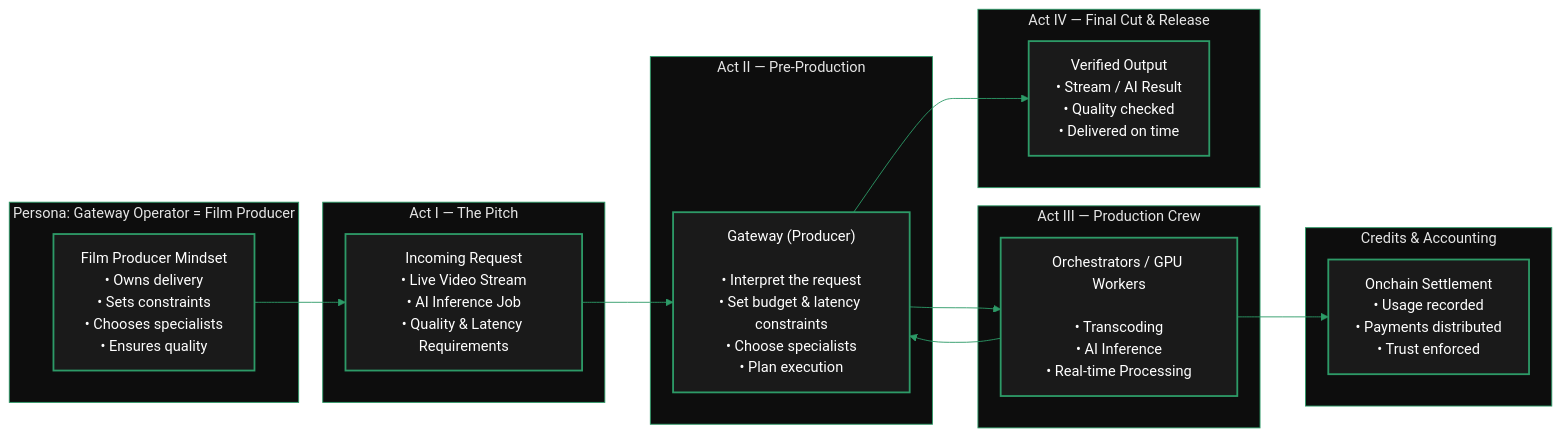
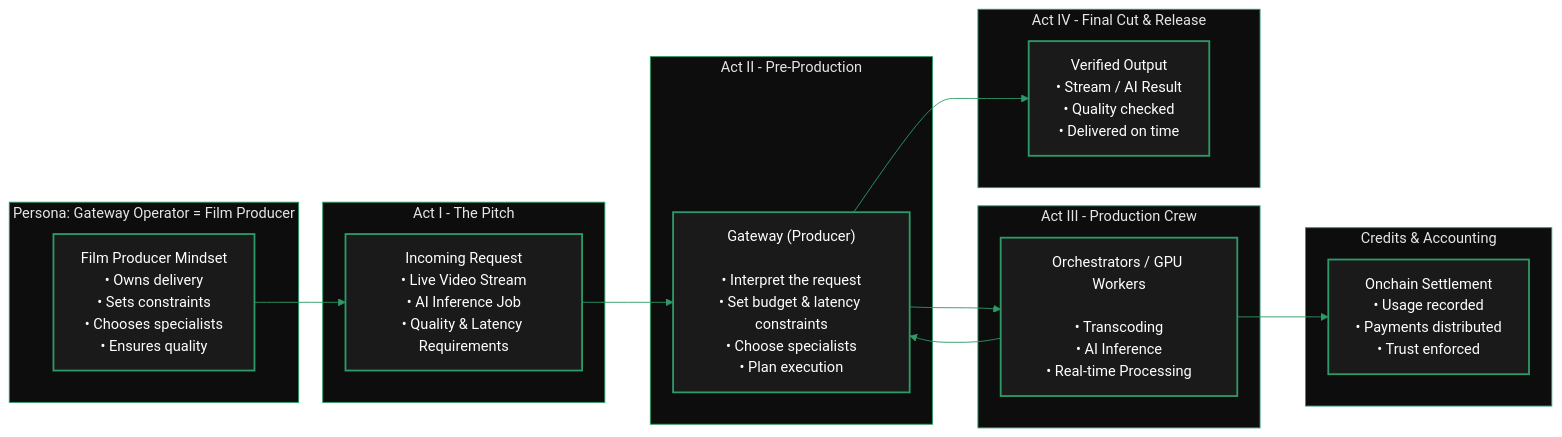
The third of 3 diagrams in v2/cn/gateways/about-gateways/gateway-explainer.mdx (sidestream-tech/livepeer-docs), drawn with Mermaid before and after one commit. The commit also changed other lines of this file and 10 other files, not shown here.

````diff
--- a/v2/cn/gateways/about-gateways/gateway-explainer.mdx
+++ b/v2/cn/gateways/about-gateways/gateway-explainer.mdx
@@ -122,42 +122,42 @@
 ```mermaid
 %%{init: {'theme': 'base', 'themeVariables': { 'primaryColor': '#1a1a1a', 'primaryTextColor': '#fff', 'primaryBorderColor': '#2d9a67', 'lineColor': '#2d9a67', 'secondaryColor': '#0d0d0d', 'tertiaryColor': '#1a1a1a', 'background': '#0d0d0d', 'fontFamily': 'system-ui' }}}%%
 flowchart LR
     subgraph Persona["Persona: Gateway Operator = Film Producer"]
         P["Film Producer Mindset<br/>• Owns delivery<br/>• Sets constraints<br/>• Chooses specialists<br/>• Ensures quality"]
     end
 
-    subgraph Request["Act I — The Pitch"]
+    subgraph Request["Act I - The Pitch"]
         A["Incoming Request<br/>• Live Video Stream<br/>• AI Inference Job<br/>• Quality & Latency Requirements"]
     end
 
-    subgraph Planning["Act II — Pre-Production"]
+    subgraph Planning["Act II - Pre-Production"]
         B["Gateway (Producer)<br/><br/>• Interpret the request<br/>• Set budget & latency constraints<br/>• Choose specialists<br/>• Plan execution"]
     end
 
-    subgraph Crew["Act III — Production Crew"]
+    subgraph Crew["Act III - Production Crew"]
         C["Orchestrators / GPU Workers<br/><br/>• Transcoding<br/>• AI Inference<br/>• Real-time Processing"]
     end
 
-    subgraph Delivery["Act IV — Final Cut & Release"]
+    subgraph Delivery["Act IV - Final Cut & Release"]
         D["Verified Output<br/>• Stream / AI Result<br/>• Quality checked<br/>• Delivered on time"]
     end
 
     subgraph Settlement["Credits & Accounting"]
         E["Onchain Settlement<br/>• Usage recorded<br/>• Payments distributed<br/>• Trust enforced"]
     end
 
     P --> A
     A --> B
     B --> C
     C --> B
     B --> D
     C --> E
 
     classDef default fill:#1a1a1a,color:#fff,stroke:#2d9a67,stroke-width:2px
     style Persona fill:#0d0d0d,stroke:#2d9a67,stroke-width:1px
     style Request fill:#0d0d0d,stroke:#2d9a67,stroke-width:1px
     style Planning fill:#0d0d0d,stroke:#2d9a67,stroke-width:1px
     style Crew fill:#0d0d0d,stroke:#2d9a67,stroke-width:1px
     style Delivery fill:#0d0d0d,stroke:#2d9a67,stroke-width:1px
     style Settlement fill:#0d0d0d,stroke:#2d9a67,stroke-width:1px
 ```
````
